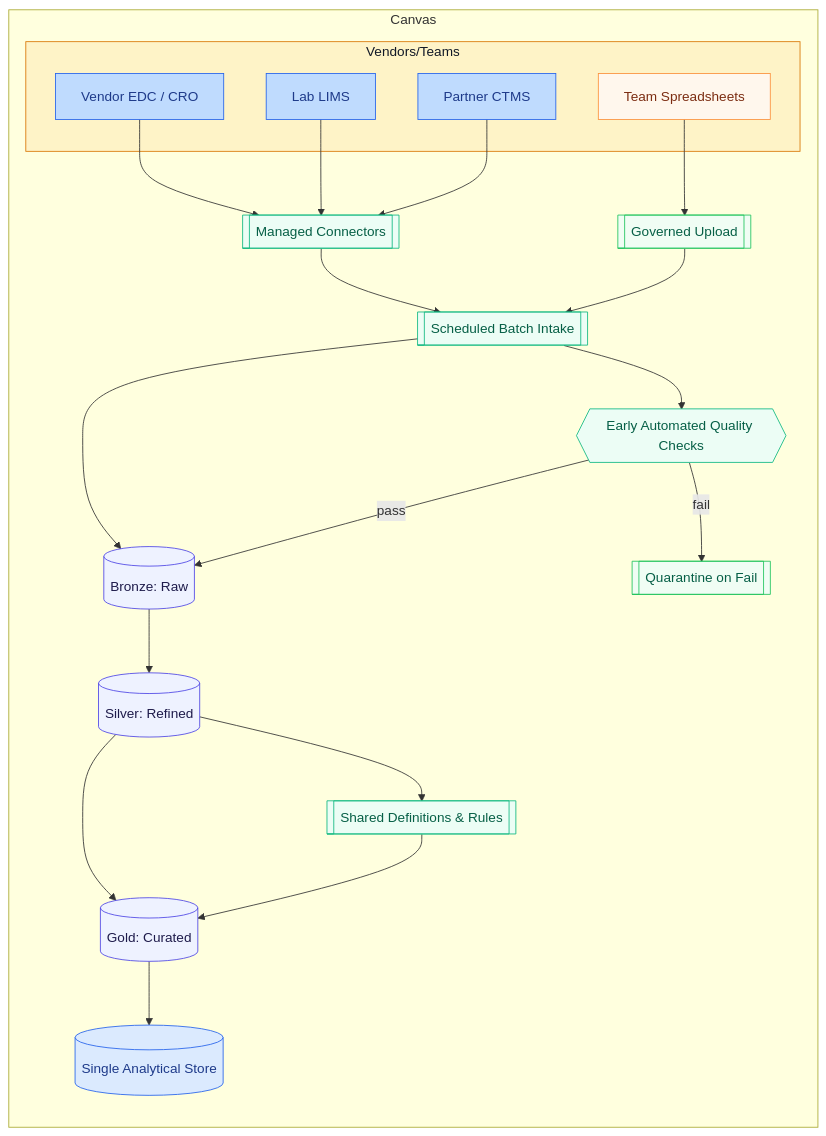
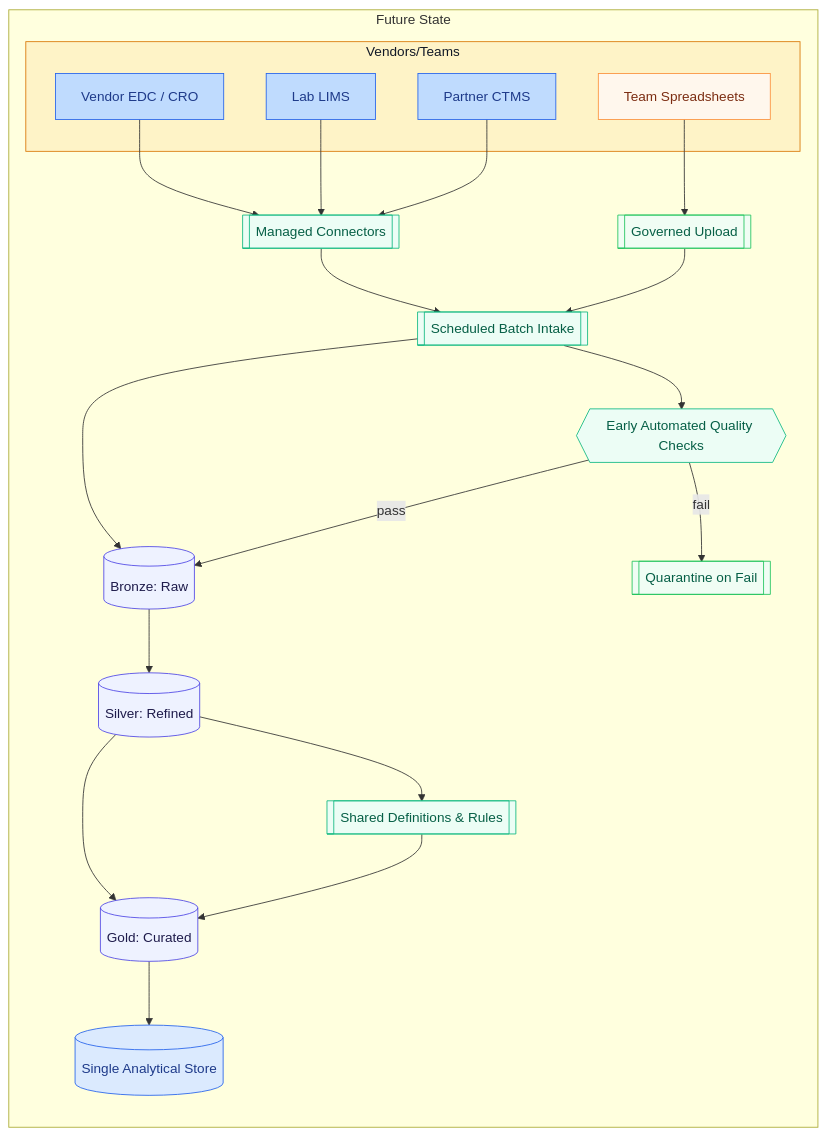
Before and after one commit to mlogan914/mlogan914.github.io: the second of 2 diagrams in _pages/services.md, drawn with Mermaid.

Commit message:
Updated draft services page

````diff
--- a/_pages/services.md
+++ b/_pages/services.md
@@ -95,48 +95,48 @@
 ```mermaid
 flowchart TD
-  classDef bg fill:#f9fafb,stroke:#f9fafb,stroke-width:0px,color:#111827
+  classDef bg fill:#f3f4f6,stroke:#f3f4f6,stroke-width:0px,color:#111827
   classDef good fill:#ecfdf5,stroke:#10b981,color:#065f46
   classDef layer fill:#eef2ff,stroke:#4f46e5,color:#1e1b4b
   classDef store fill:#dbeafe,stroke:#2563eb,color:#1e3a8a
   classDef vendor fill:#bfdbfe,stroke:#2563eb,color:#1e3a8a
   classDef sheet fill:#fff7ed,stroke:#fb923c,color:#7c2d12
   classDef guard fill:#f0fdf4,stroke:#22c55e,color:#065f46
 
-  subgraph Canvas
+  subgraph Future State
     class Canvas bg
     direction TB
 
     subgraph Vendors[ Vendors/Teams ]
       V1[Vendor EDC / CRO]:::vendor
       V2[Lab LIMS]:::vendor
       V3[Partner CTMS]:::vendor
       S1[Team Spreadsheets]:::sheet
     end
     style Vendors fill:#fef3c7,stroke:#d97706,stroke-width:1px,color:#111827
 
     MC[[Managed Connectors]]:::good
     UP[[Governed Upload]]:::guard
     SBI[[Scheduled Batch Intake]]:::good
     QC{{Early Automated Quality Checks}}:::good
     QZ[[Quarantine on Fail]]:::guard
 
     BR[(Bronze: Raw)]:::layer
     SI[(Silver: Refined)]:::layer
     DEF[[Shared Definitions & Rules]]:::good
     GO[(Gold: Curated)]:::layer
     AS[(Single Analytical Store)]:::store
 
     V1 --> MC
     V2 --> MC
     V3 --> MC
     MC --> SBI --> BR --> SI --> GO --> AS
 
     S1 --> UP --> SBI
     SBI --> QC
     QC -- pass --> BR
     QC -- fail --> QZ
 
     SI --> DEF
     DEF --> GO
   end
 ```
````
